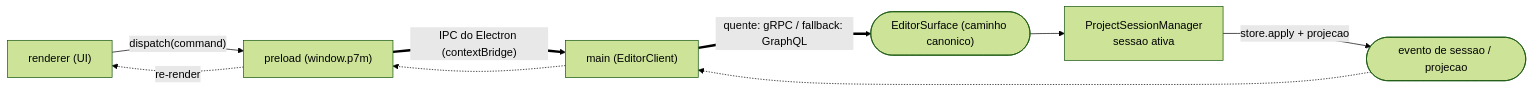
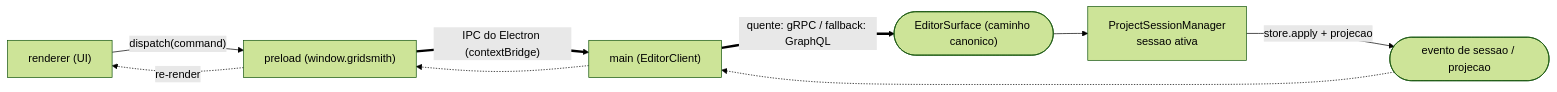
Before and after one commit to flaviotinococoutinho/Gridsmith: the second of 4 diagrams in frontend/README.md, drawn with Mermaid (forest theme). The commit also changed other lines of this file and 220 other files, not shown here.

````diff
--- a/frontend/README.md
+++ b/frontend/README.md
@@ -86,11 +86,11 @@
 ```mermaid
 graph LR
-  R["renderer (UI)"] -->|"dispatch(command)"| P["preload (window.p7m)"]
+  R["renderer (UI)"] -->|"dispatch(command)"| P["preload (window.gridsmith)"]
   P == "IPC do Electron (contextBridge)" ==> M["main (EditorClient)"]
   M == "quente: gRPC / fallback: GraphQL" ==> GW(["EditorSurface (caminho canonico)"])
   GW --> SESS["ProjectSessionManager<br/>sessao ativa"]
   SESS -->|"store.apply + projecao"| EV(["evento de sessao / projecao"])
   EV -.-> M
   M -.-> P
   P -.->|"re-render"| R
 ```
````
